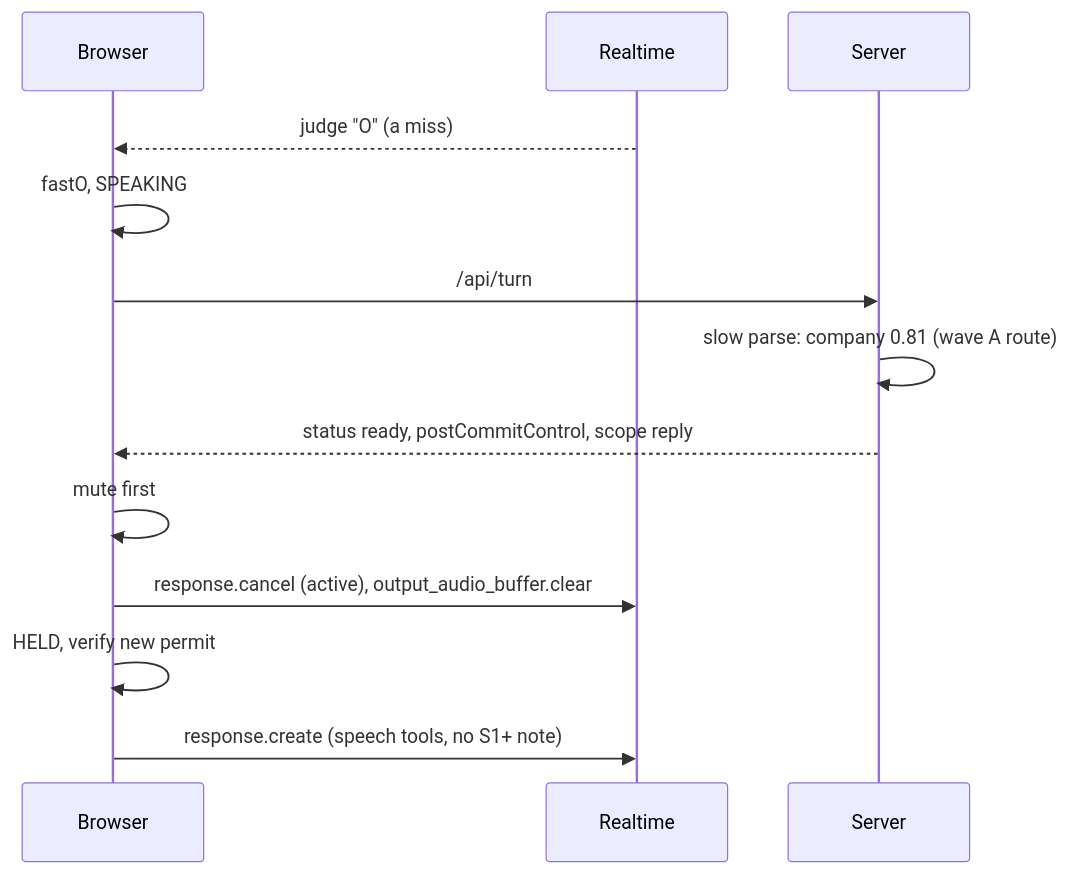
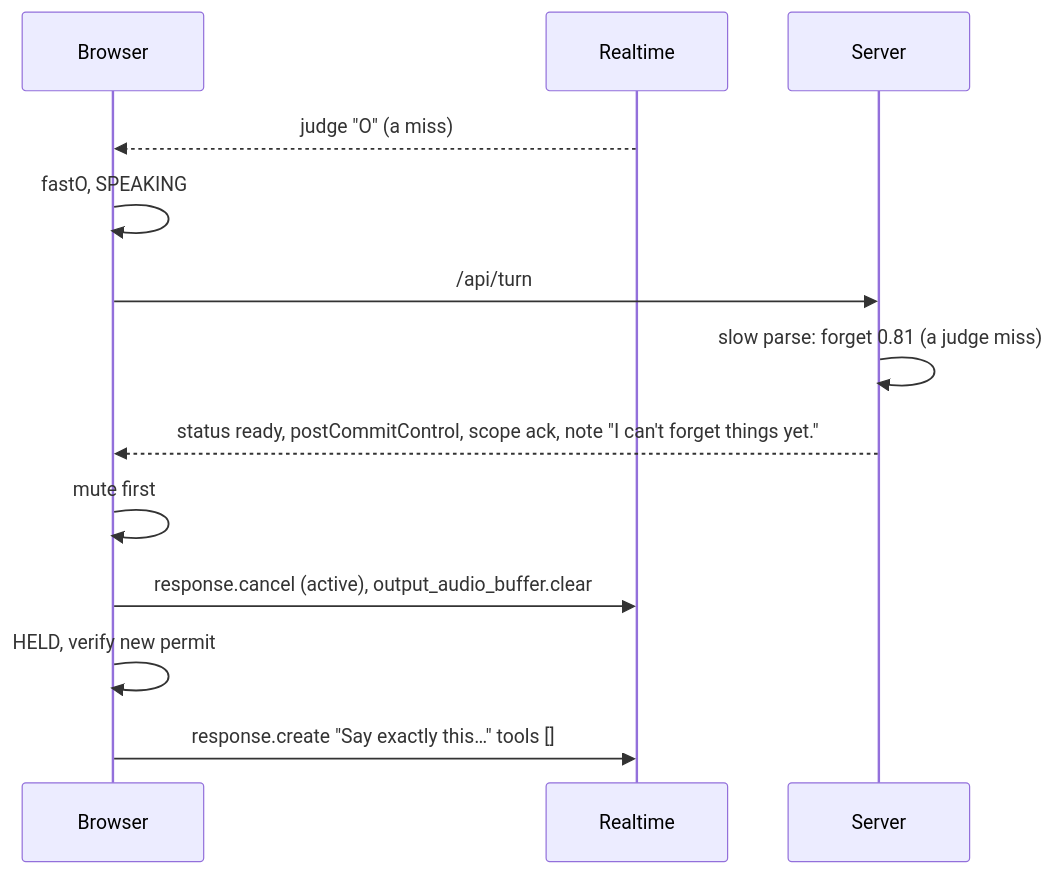
One commit to OracleOfAggieland/frankirocks changed the sixth of 8 diagrams in .kiro/specs/voice-control/design.md. Above: the diagram before and after it, drawn with Mermaid. The commit also changed other lines of this file and 3 other files, not shown here.

````diff
--- a/.kiro/specs/voice-control/design.md
+++ b/.kiro/specs/voice-control/design.md
@@ -306,15 +307,15 @@
 ```mermaid
 sequenceDiagram
   participant B as Browser
   participant R as Realtime
   participant S as Server
   R-->>B: judge "O" (a miss)
   B->>B: fastO, SPEAKING
   B->>S: /api/turn
-  S->>S: slow parse: company 0.81 (wave A route)
-  S-->>B: status ready, postCommitControl, scope reply
+  S->>S: slow parse: forget 0.81 (a judge miss)
+  S-->>B: status ready, postCommitControl, scope ack, note "I can't forget things yet."
   B->>B: mute first
   B->>R: response.cancel (active), output_audio_buffer.clear
   B->>B: HELD, verify new permit
-  B->>R: response.create (speech tools, no S1+ note)
+  B->>R: response.create "Say exactly this…" tools []
 ```
````
